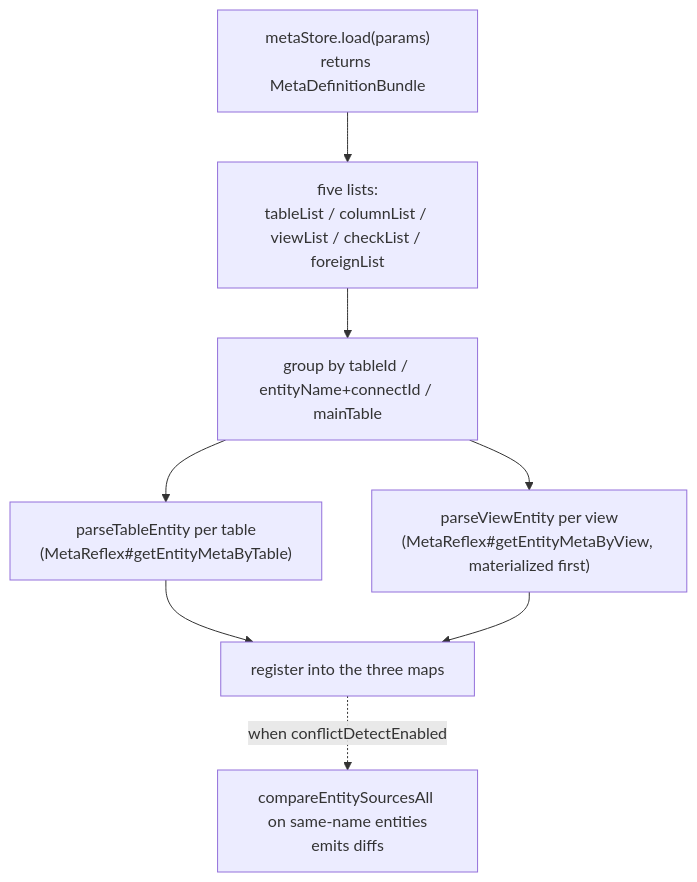
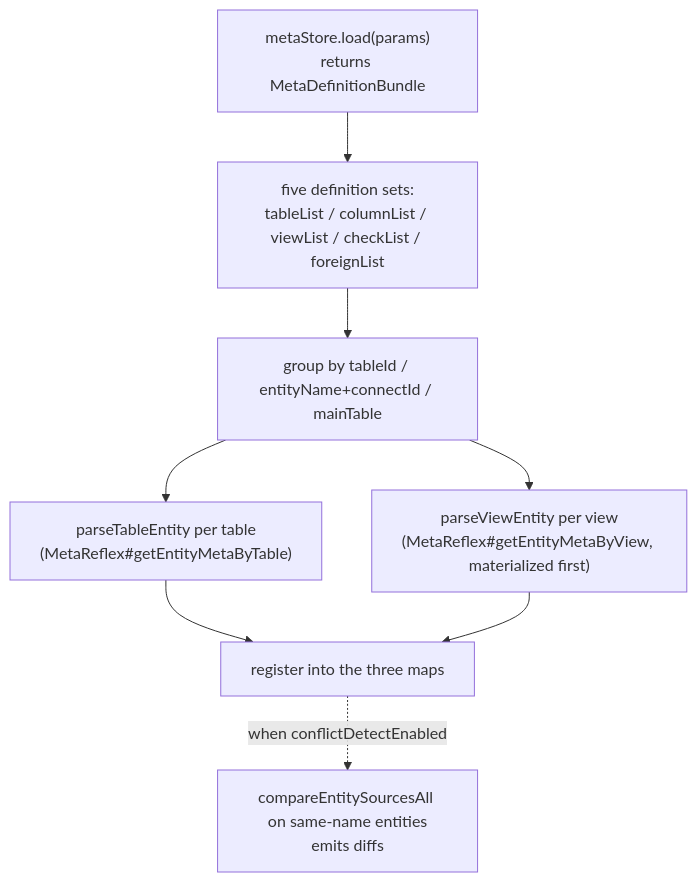
The diagram in website/i18n/en/docusaurus-plugin-content-docs/current/metadata/loading.md (geelato-projects/geelato-community-backend), drawn with Mermaid before and after one commit. The commit also changed other lines of this file and 42 other files, not shown here.

````diff
--- a/website/i18n/en/docusaurus-plugin-content-docs/current/metadata/loading.md
+++ b/website/i18n/en/docusaurus-plugin-content-docs/current/metadata/loading.md
@@ -68,9 +68,9 @@
 ```mermaid
 flowchart TB
-    A["metaStore.load(params)<br/>returns MetaDefinitionBundle"] --> B["five lists:<br/>tableList / columnList / viewList / checkList / foreignList"]
+    A["metaStore.load(params)<br/>returns MetaDefinitionBundle"] --> B["five definition sets:<br/>tableList / columnList / viewList / checkList / foreignList"]
     B --> C["group by tableId / entityName+connectId / mainTable"]
     C --> D["parseTableEntity per table<br/>(MetaReflex#getEntityMetaByTable)"]
     C --> E["parseViewEntity per view<br/>(MetaReflex#getEntityMetaByView, materialized first)"]
     D & E --> F["register into the three maps"]
     F -.->|"when conflictDetectEnabled"| G["compareEntitySourcesAll on same-name entities<br/>emits diffs"]
 ```
````
